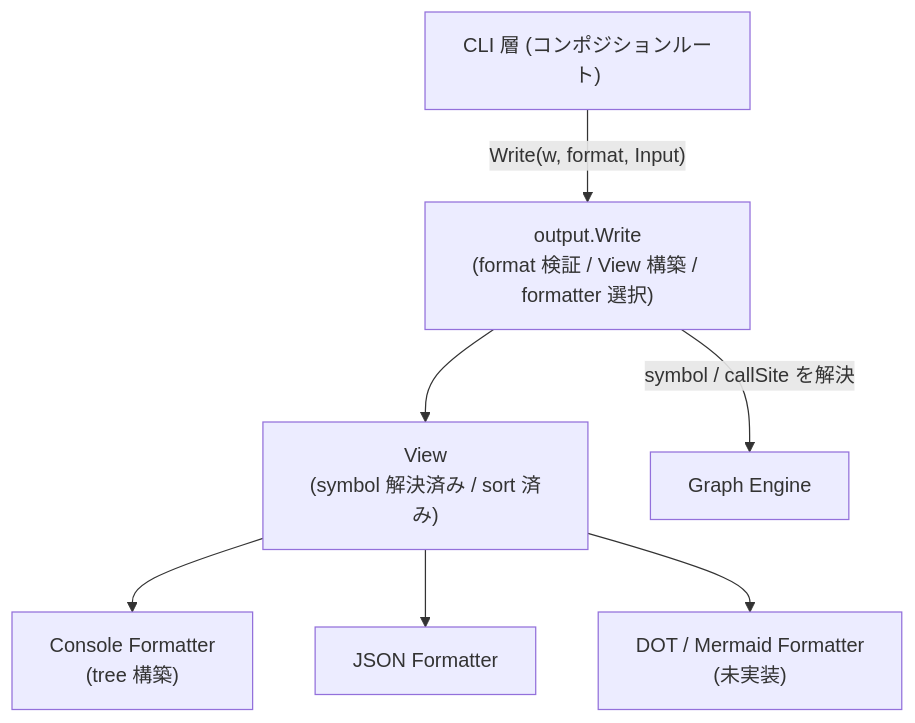
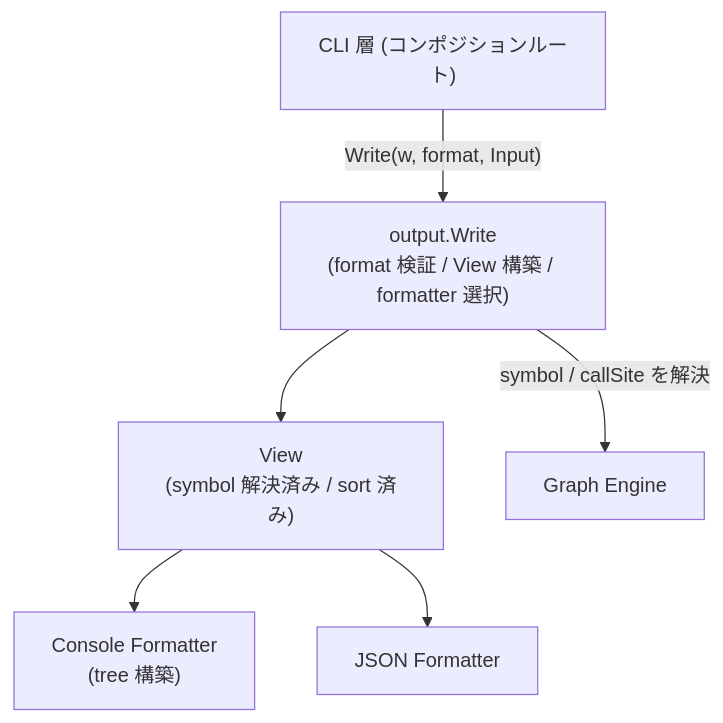
The first of 4 diagrams in design/features/output/DesignDoc_output.md (Fukuemon/depwalk), drawn with Mermaid before and after one commit. The commit also changed other lines of this file and 6 other files, not shown here.

````diff
--- a/design/features/output/DesignDoc_output.md
+++ b/design/features/output/DesignDoc_output.md
@@ -294,9 +274,8 @@
 ```mermaid
 flowchart TD
     CLI["CLI 層 (コンポジションルート)"] -->|"Write(w, format, Input)"| Write["output.Write<br/>(format 検証 / View 構築 / formatter 選択)"]
     Write --> View["View<br/>(symbol 解決済み / sort 済み)"]
     View --> Console["Console Formatter<br/>(tree 構築)"]
     View --> JSON["JSON Formatter"]
-    View --> DOT["DOT / Mermaid Formatter<br/>(未実装)"]
     Write -->|"symbol / callSite を解決"| Graph["Graph Engine"]
 ```
````
